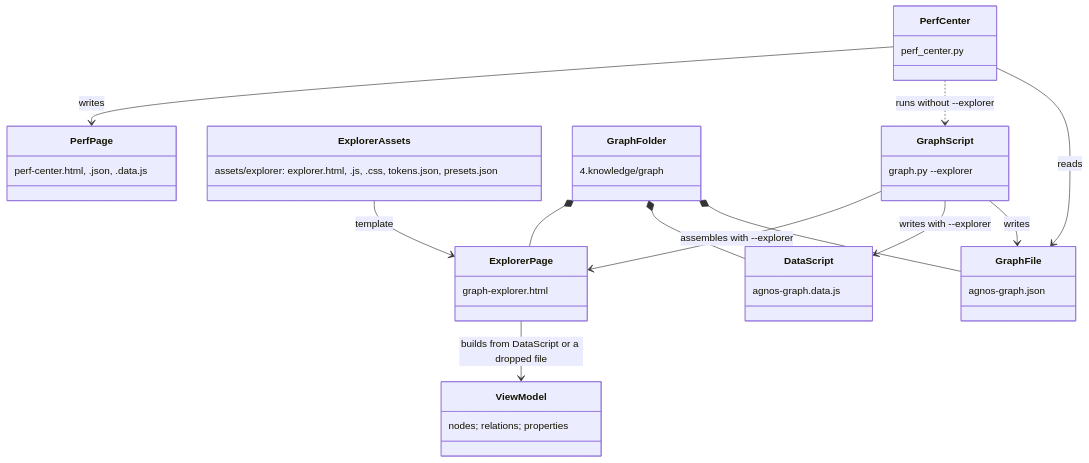
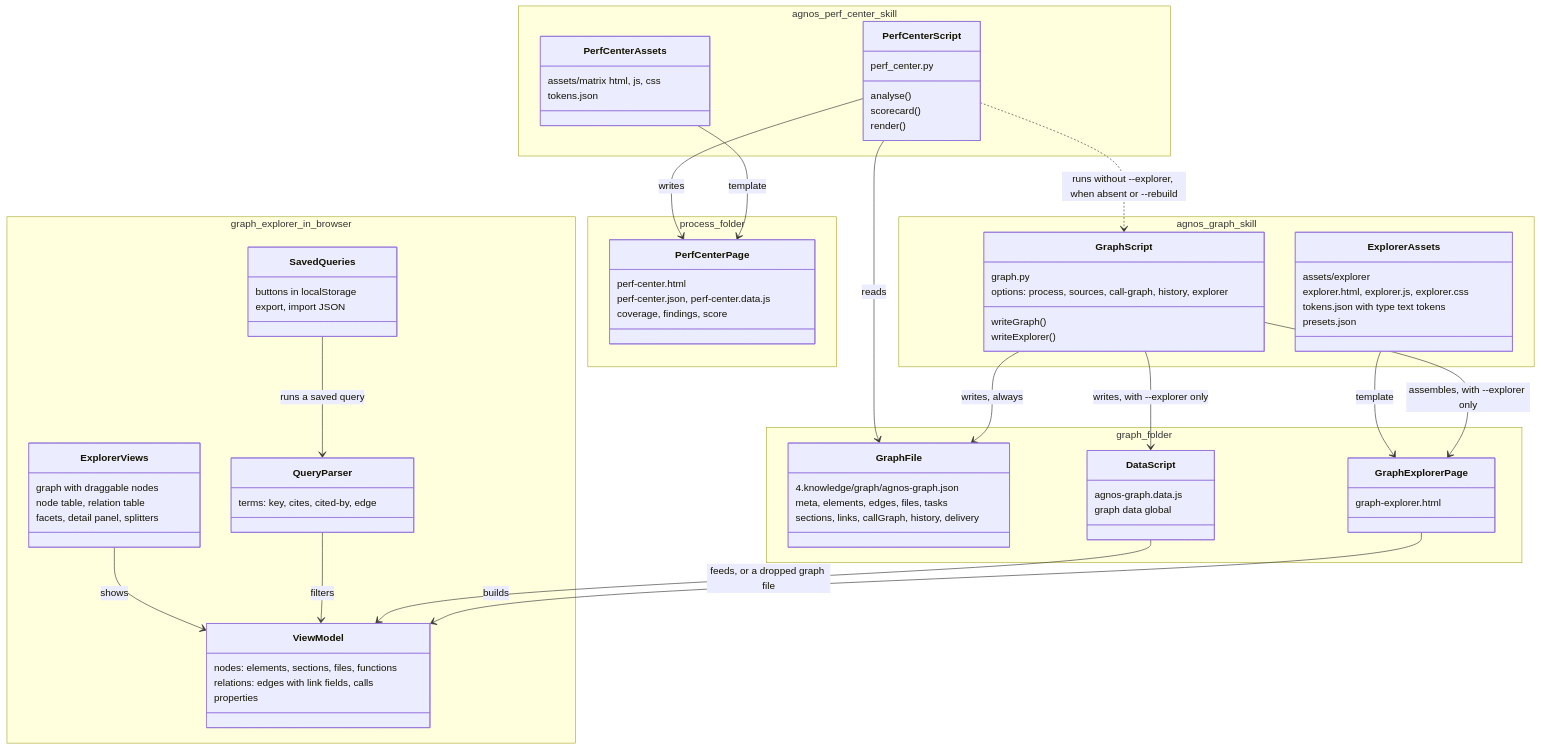
Before and after one commit to spashx/agnos: the first of 2 diagrams in agnos-process/2.architecture/ADR-TRC-025-graph-explorer-page.md, drawn with Mermaid. The commit also changed other lines of this file and 2 other files, not shown here.

Commit message:
docs(TRC): ADR-TRC-025/TASK-TRC-130 split ADR diagrams into graph explorer and performance center systems; ADR accepted

````diff
--- a/agnos-process/2.architecture/ADR-TRC-025-graph-explorer-page.md
+++ b/agnos-process/2.architecture/ADR-TRC-025-graph-explorer-page.md
@@ -96,23 +100,82 @@
 ```mermaid
 classDiagram
-    class GraphScript { graph.py --explorer }
-    class ExplorerAssets { assets/explorer: explorer.html, .js, .css, tokens.json, presets.json }
-    class GraphFolder { 4.knowledge/graph }
-    class GraphFile { agnos-graph.json }
-    class DataScript { agnos-graph.data.js }
-    class ExplorerPage { graph-explorer.html }
-    class ViewModel { nodes; relations; properties }
-    class PerfCenter { perf_center.py }
-    class PerfPage { perf-center.html, .json, .data.js }
-    GraphScript --> GraphFile : writes
-    GraphScript --> DataScript : writes with --explorer
-    GraphScript --> ExplorerPage : assembles with --explorer
-    ExplorerAssets --> ExplorerPage : template
-    GraphFolder *-- GraphFile
-    GraphFolder *-- DataScript
-    GraphFolder *-- ExplorerPage
-    ExplorerPage --> ViewModel : builds from DataScript or a dropped file
-    PerfCenter --> GraphFile : reads
-    PerfCenter ..> GraphScript : runs without --explorer
-    PerfCenter --> PerfPage : writes
+    namespace agnos_graph_skill {
+        class GraphScript {
+            graph.py
+            options: process, sources, call-graph, history, explorer
+            writeGraph()
+            writeExplorer()
+        }
+        class ExplorerAssets {
+            assets/explorer
+            explorer.html, explorer.js, explorer.css
+            tokens.json with type text tokens
+            presets.json
+        }
+    }
+    namespace graph_folder {
+        class GraphFile {
+            4.knowledge/graph/agnos-graph.json
+            meta, elements, edges, files, tasks
+            sections, links, callGraph, history, delivery
+        }
+        class DataScript {
+            agnos-graph.data.js
+            graph data global
+        }
+        class GraphExplorerPage {
+            graph-explorer.html
+        }
+    }
+    namespace graph_explorer_in_browser {
+        class ViewModel {
+            nodes: elements, sections, files, functions
+            relations: edges with link fields, calls
+            properties
+        }
+        class QueryParser {
+            terms: key, cites, cited-by, edge
+        }
+        class SavedQueries {
+            buttons in localStorage
+            export, import JSON
+        }
+        class ExplorerViews {
+            graph with draggable nodes
+            node table, relation table
+            facets, detail panel, splitters
+        }
+    }
+    namespace agnos_perf_center_skill {
+        class PerfCenterScript {
+            perf_center.py
+            analyse()
+            scorecard()
+            render()
+        }
+        class PerfCenterAssets {
+            assets/matrix html, js, css
+            tokens.json
+        }
+    }
+    namespace process_folder {
+        class PerfCenterPage {
+            perf-center.html
+            perf-center.json, perf-center.data.js
+            coverage, findings, score
+        }
+    }
+    GraphScript --> GraphFile : writes, always
+    GraphScript --> DataScript : writes, with --explorer only
+    GraphScript --> GraphExplorerPage : assembles, with --explorer only
+    ExplorerAssets --> GraphExplorerPage : template
+    GraphExplorerPage --> ViewModel : builds
+    DataScript --> ViewModel : feeds, or a dropped graph file
+    QueryParser --> ViewModel : filters
+    SavedQueries --> QueryParser : runs a saved query
+    ExplorerViews --> ViewModel : shows
+    PerfCenterScript --> GraphFile : reads
+    PerfCenterScript ..> GraphScript : runs without --explorer, when absent or --rebuild
+    PerfCenterAssets --> PerfCenterPage : template
+    PerfCenterScript --> PerfCenterPage : writes
 ```
````
